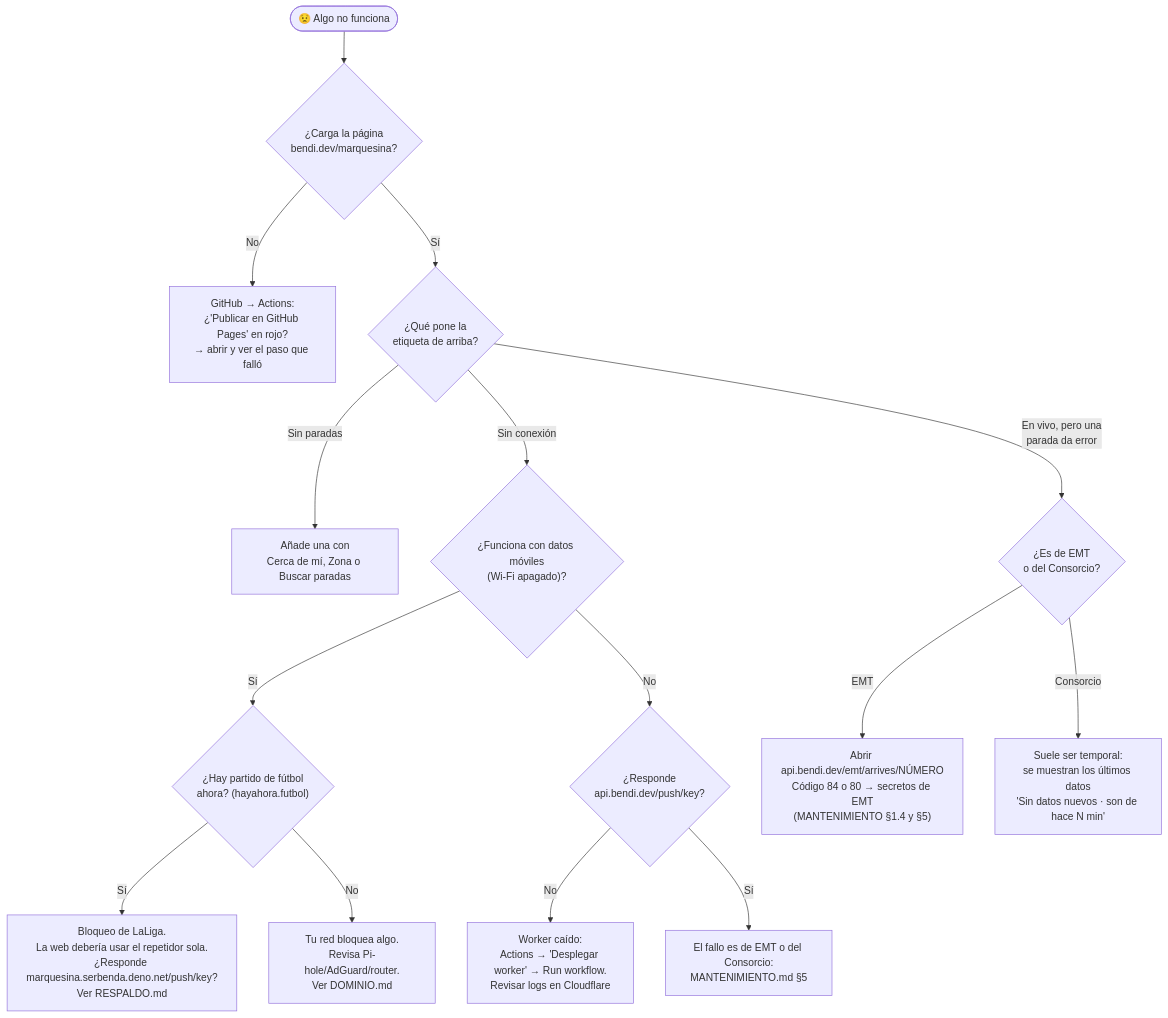
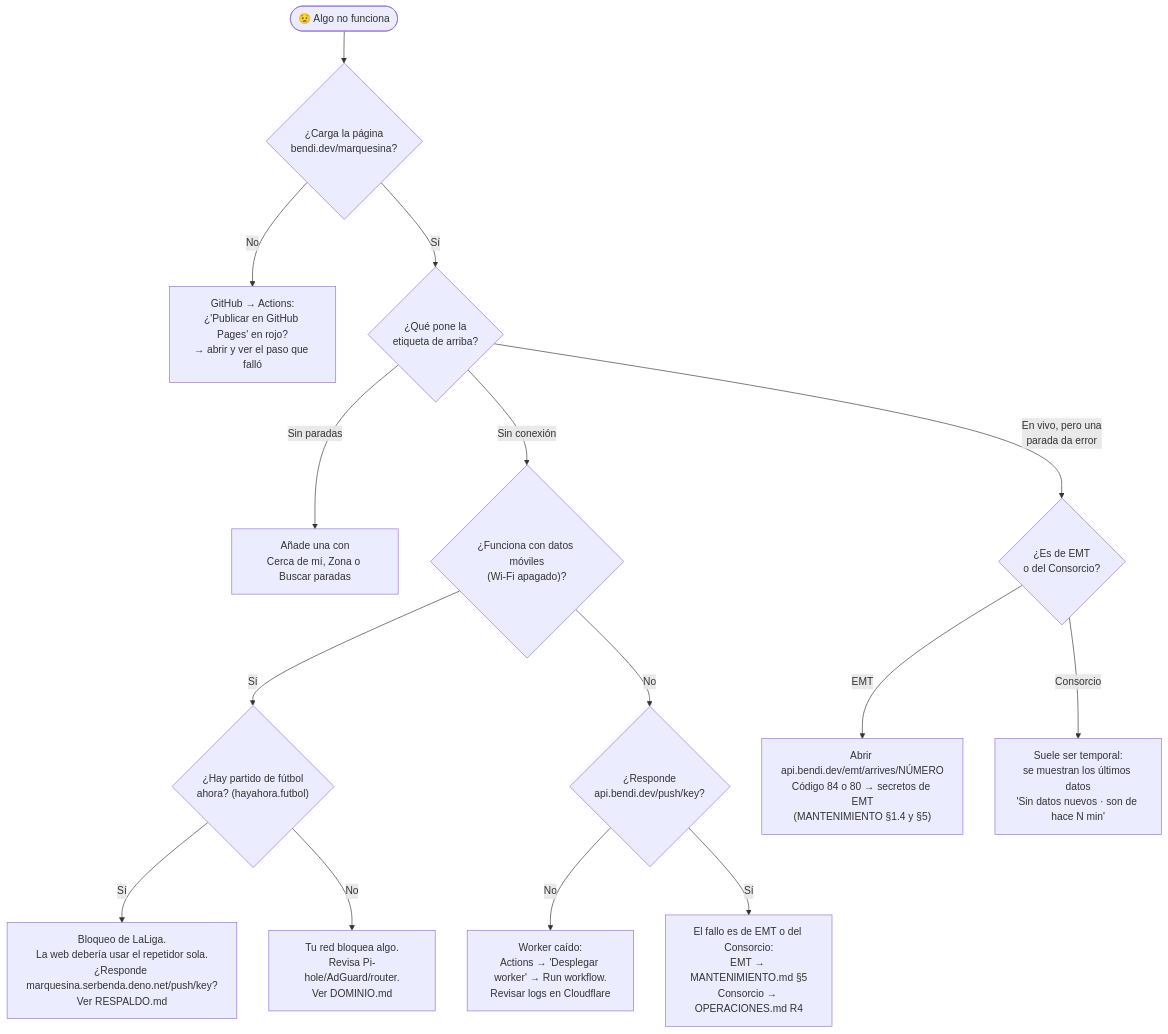
Diagram 16 of 17 in docs/GUIA.md (serbenda/marquesina), drawn with Mermaid before and after one commit. The commit also changed other lines of this file and 19 other files, not shown here.

````diff
--- a/docs/GUIA.md
+++ b/docs/GUIA.md
@@ -756,17 +781,17 @@
 ```mermaid
 flowchart TB
   S(["😟 Algo no funciona"]) --> Q1{"¿Carga la página<br/>bendi.dev/marquesina?"}
   Q1 -- "No" --> A1["GitHub → Actions:<br/>¿'Publicar en GitHub Pages' en rojo?<br/>→ abrir y ver el paso que falló"]
   Q1 -- "Sí" --> Q2{"¿Qué pone la<br/>etiqueta de arriba?"}
   Q2 -- "Sin paradas" --> A2["Añade una con<br/>Cerca de mí, Zona o Buscar paradas"]
   Q2 -- "Sin conexión" --> Q3{"¿Funciona con datos móviles<br/>(Wi-Fi apagado)?"}
   Q3 -- "Sí" --> Q6{"¿Hay partido de fútbol<br/>ahora? (hayahora.futbol)"}
   Q6 -- "Sí" --> A8["Bloqueo de LaLiga.<br/>La web debería usar el repetidor sola.<br/>¿Responde marquesina.serbenda.deno.net/push/key?<br/>Ver RESPALDO.md"]
   Q6 -- "No" --> A3["Tu red bloquea algo.<br/>Revisa Pi-hole/AdGuard/router.<br/>Ver DOMINIO.md"]
   Q3 -- "No" --> Q4{"¿Responde<br/>api.bendi.dev/push/key?"}
   Q4 -- "No" --> A4["Worker caído:<br/>Actions → 'Desplegar worker' → Run workflow.<br/>Revisar logs en Cloudflare"]
-  Q4 -- "Sí" --> A5["El fallo es de EMT o del Consorcio:<br/>MANTENIMIENTO.md §5"]
+  Q4 -- "Sí" --> A5["El fallo es de EMT o del Consorcio:<br/>EMT → MANTENIMIENTO.md §5<br/>Consorcio → OPERACIONES.md R4"]
   Q2 -- "En vivo, pero una<br/>parada da error" --> Q5{"¿Es de EMT<br/>o del Consorcio?"}
   Q5 -- "EMT" --> A6["Abrir api.bendi.dev/emt/arrives/NÚMERO<br/>Código 84 o 80 → secretos de EMT<br/>(MANTENIMIENTO §1.4 y §5)"]
   Q5 -- "Consorcio" --> A7["Suele ser temporal:<br/>se muestran los últimos datos<br/>'Sin datos nuevos · son de hace N min'"]
 ```
````
